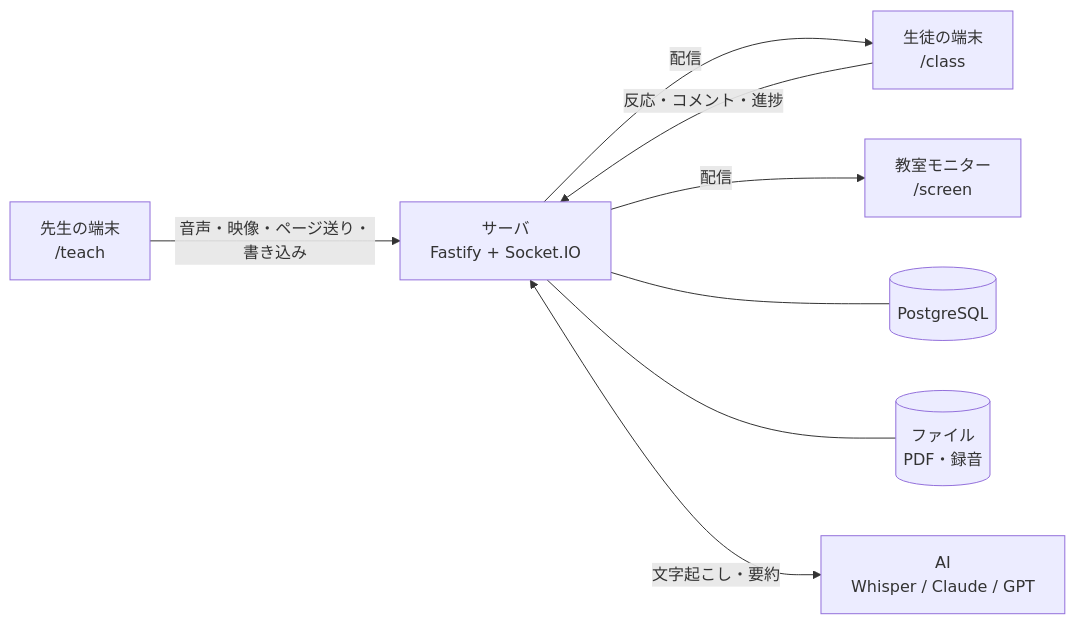
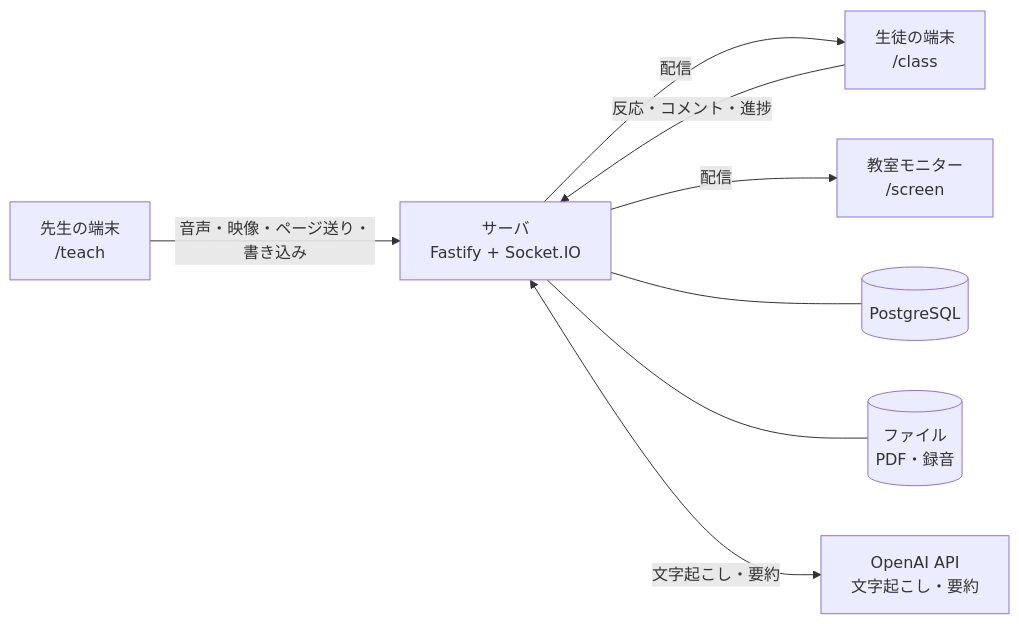
One commit to 424m-lang/enkaku-jugyou changed the second of 2 diagrams in README.md. Above: the diagram before and after it, drawn with Mermaid. The commit also changed other lines of this file and 11 other files, not shown here.

````diff
--- a/README.md
+++ b/README.md
@@ -213,18 +213,18 @@
 ```mermaid
 flowchart LR
   T["先生の端末<br/>/teach"]
   S["生徒の端末<br/>/class"]
   M["教室モニター<br/>/screen"]
   SRV["サーバ<br/>Fastify + Socket.IO"]
   DB[("PostgreSQL")]
   FS[("ファイル<br/>PDF・録音")]
-  AI["AI<br/>Whisper / Claude / GPT"]
+  AI["OpenAI API<br/>文字起こし・要約"]
 
   T -->|"音声・映像・ページ送り・書き込み"| SRV
   SRV -->|"配信"| S
   SRV -->|"配信"| M
   S -->|"反応・コメント・進捗"| SRV
   SRV --- DB
   SRV --- FS
   SRV <-->|"文字起こし・要約"| AI
 ```
````
